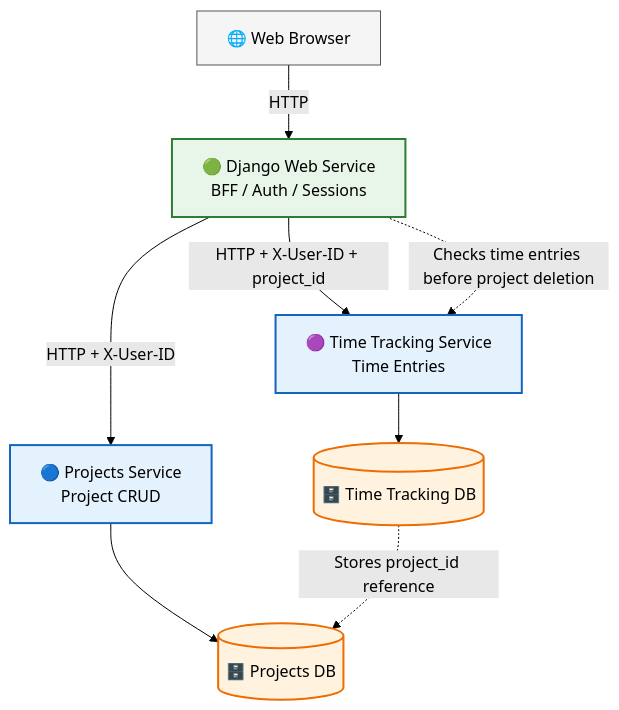
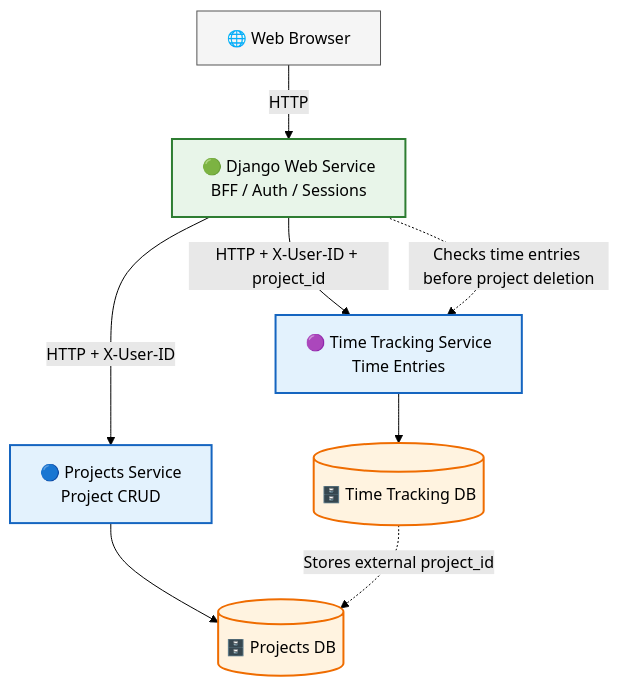
Before and after one commit to xMattC/django-flask-microservices-project: the diagram in docs/architecture-diagram.mmd, drawn with Mermaid (forest theme).

Commit message:
Update architecture diagram to clarify time_db reference

```diff
--- a/docs/architecture-diagram.mmd
+++ b/docs/architecture-diagram.mmd
@@ -1,31 +1,31 @@
 flowchart TD
     browser[🌐 Web Browser]
 
     web[🟢 Django Web Service<br/>BFF / Auth / Sessions]
 
     projects[🔵 Projects Service<br/>Project CRUD]
     time[🟣 Time Tracking Service<br/>Time Entries]
 
     projects_db[(🗄️ Projects DB)]
     time_db[(🗄️ Time Tracking DB)]
 
     browser -->|HTTP| web
 
     web -->|HTTP + X-User-ID| projects
     web -->|HTTP + X-User-ID + project_id| time
 
     projects --> projects_db
     time --> time_db
 
-    time_db -.->|Stores project_id reference| projects_db
+    time_db -.->|Stores external project_id| projects_db
     web -.->|Checks time entries before project deletion| time
 
     classDef django fill:#e8f5e9,stroke:#2e7d32,stroke-width:2px;
     classDef flask fill:#e3f2fd,stroke:#1565c0,stroke-width:2px;
     classDef db fill:#fff3e0,stroke:#ef6c00,stroke-width:2px;
     classDef client fill:#f5f5f5,stroke:#555,stroke-width:1px;
 
     class browser client;
     class web django;
     class projects,time flask;
     class projects_db,time_db db;
```
